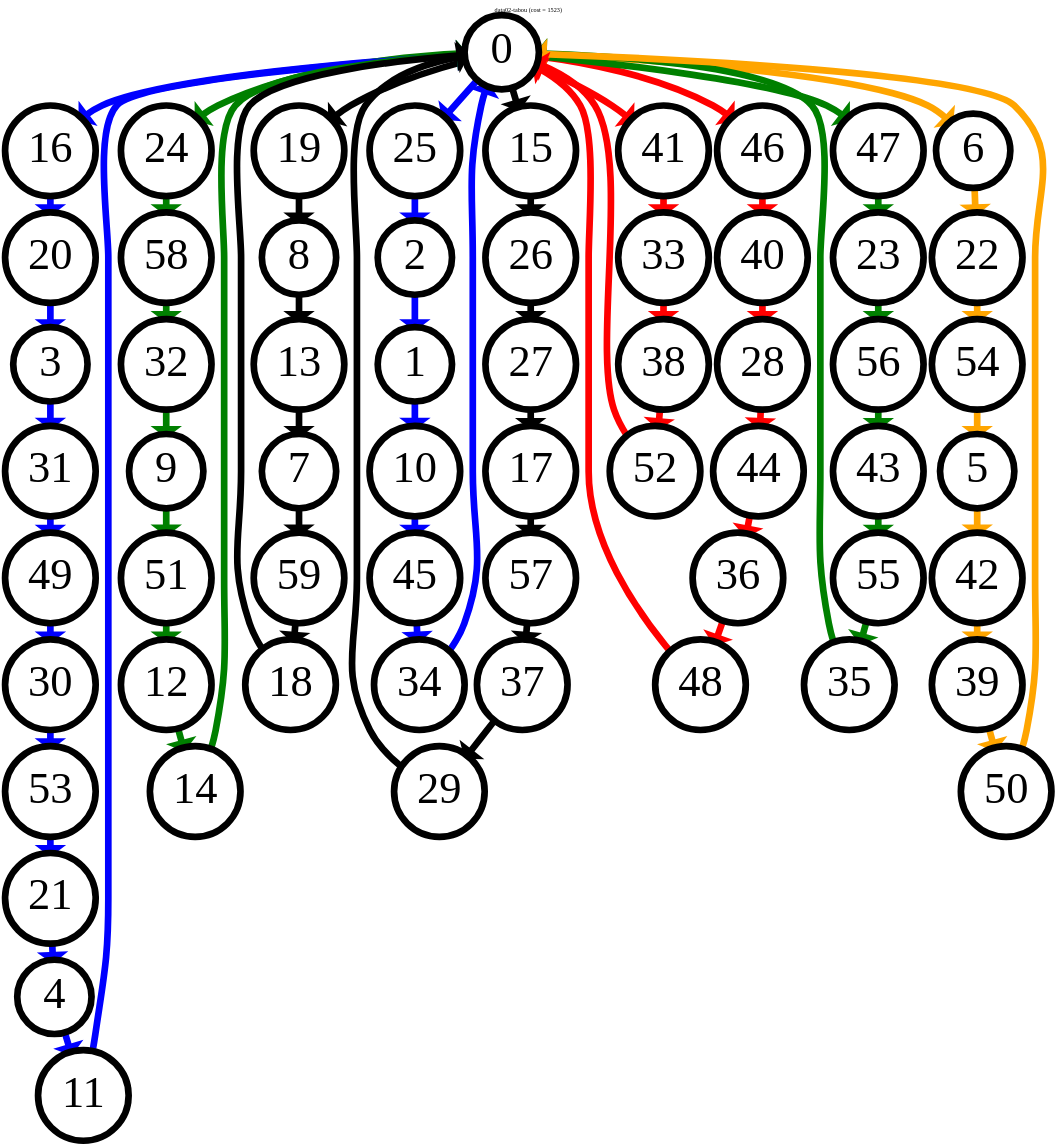
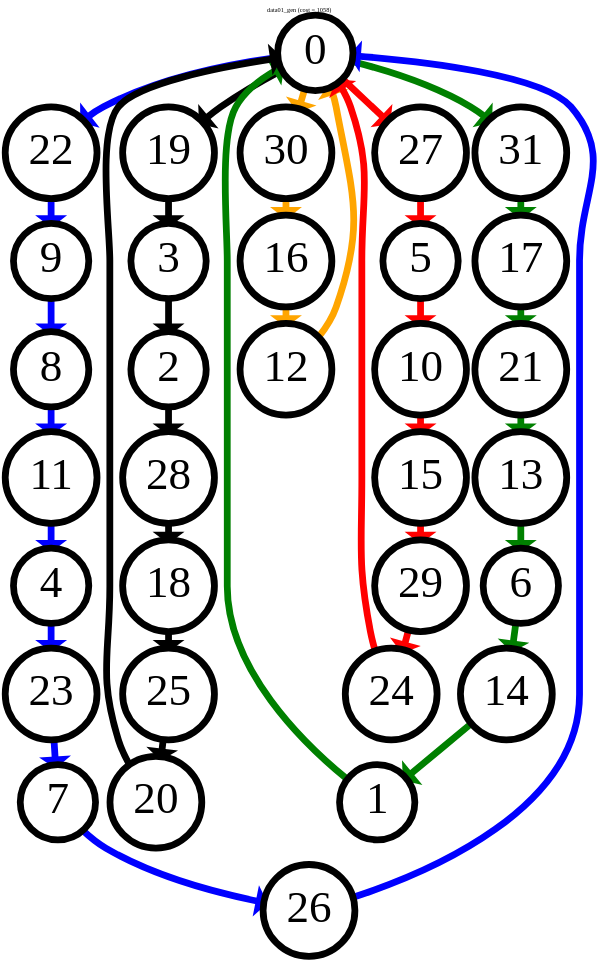
Before and after one commit to Elomidas/CVRP: the diagram in graphviz/tmp.dot, drawn with Graphviz. The commit also changed 6 other files, not shown here.

```diff
--- a/graphviz/tmp.dot
+++ b/graphviz/tmp.dot
@@ -1,135 +1,75 @@
 digraph g {
 labelloc="t";
-label="data02-tabou (cost = 1523)";
+label="data01_gen (cost = 1058)";
 margin="3,3!";
 outputorder="edgesfirst";
 node [fontsize = 100, shape=circle, fillcolor=white, style=filled];
-0 [pos = "27,93!", penwidth=15];
-1 [pos = "33,27!", penwidth=15];
-2 [pos = "29,39!", penwidth=15];
-3 [pos = "7,81!", penwidth=15];
-4 [pos = "1,59!", penwidth=15];
-5 [pos = "49,9!", penwidth=15];
-6 [pos = "21,53!", penwidth=15];
-7 [pos = "79,89!", penwidth=15];
-8 [pos = "81,83!", penwidth=15];
-9 [pos = "85,11!", penwidth=15];
-10 [pos = "45,9!", penwidth=15];
-11 [pos = "7,65!", penwidth=15];
-12 [pos = "95,27!", penwidth=15];
-13 [pos = "81,85!", penwidth=15];
-14 [pos = "37,81!", penwidth=15];
-15 [pos = "69,69!", penwidth=15];
-16 [pos = "15,95!", penwidth=15];
-17 [pos = "89,75!", penwidth=15];
-18 [pos = "33,93!", penwidth=15];
-19 [pos = "57,83!", penwidth=15];
-20 [pos = "11,95!", penwidth=15];
-21 [pos = "3,57!", penwidth=15];
-22 [pos = "45,11!", penwidth=15];
-23 [pos = "43,61!", penwidth=15];
-24 [pos = "35,43!", penwidth=15];
-25 [pos = "19,83!", penwidth=15];
-26 [pos = "83,69!", penwidth=15];
-27 [pos = "85,77!", penwidth=15];
-28 [pos = "19,39!", penwidth=15];
-29 [pos = "83,87!", penwidth=15];
-30 [pos = "1,13!", penwidth=15];
-31 [pos = "15,39!", penwidth=15];
-32 [pos = "83,17!", penwidth=15];
-33 [pos = "41,97!", penwidth=15];
-34 [pos = "31,61!", penwidth=15];
-35 [pos = "59,69!", penwidth=15];
-36 [pos = "29,15!", penwidth=15];
-37 [pos = "93,83!", penwidth=15];
-38 [pos = "63,97!", penwidth=15];
-39 [pos = "65,57!", penwidth=15];
-40 [pos = "15,69!", penwidth=15];
-41 [pos = "31,97!", penwidth=15];
-42 [pos = "57,9!", penwidth=15];
-43 [pos = "85,37!", penwidth=15];
-44 [pos = "21,29!", penwidth=15];
-45 [pos = "53,11!", penwidth=15];
-46 [pos = "15,77!", penwidth=15];
-47 [pos = "41,69!", penwidth=15];
-48 [pos = "45,17!", penwidth=15];
-49 [pos = "13,25!", penwidth=15];
-50 [pos = "63,57!", penwidth=15];
-51 [pos = "95,5!", penwidth=15];
-52 [pos = "55,91!", penwidth=15];
-53 [pos = "3,31!", penwidth=15];
-54 [pos = "47,7!", penwidth=15];
-55 [pos = "61,69!", penwidth=15];
-56 [pos = "85,35!", penwidth=15];
-57 [pos = "89,81!", penwidth=15];
-58 [pos = "45,47!", penwidth=15];
-59 [pos = "65,93!", penwidth=15];
-0->25 [color=blue, penwidth=15];
-25->2 [color=blue, penwidth=15];
-2->1 [color=blue, penwidth=15];
-1->10 [color=blue, penwidth=15];
-10->45 [color=blue, penwidth=15];
-45->34 [color=blue, penwidth=15];
-34->0 [color=blue, penwidth=15];
-0->46 [color=red, penwidth=15];
-46->40 [color=red, penwidth=15];
-40->28 [color=red, penwidth=15];
-28->44 [color=red, penwidth=15];
-44->36 [color=red, penwidth=15];
-36->48 [color=red, penwidth=15];
-48->0 [color=red, penwidth=15];
+0 [pos = "82,76!", penwidth=15];
+1 [pos = "96,44!", penwidth=15];
+2 [pos = "50,5!", penwidth=15];
+3 [pos = "49,8!", penwidth=15];
+4 [pos = "13,7!", penwidth=15];
+5 [pos = "29,89!", penwidth=15];
+6 [pos = "58,30!", penwidth=15];
+7 [pos = "84,39!", penwidth=15];
+8 [pos = "14,24!", penwidth=15];
+9 [pos = "2,39!", penwidth=15];
+10 [pos = "3,82!", penwidth=15];
+11 [pos = "5,10!", penwidth=15];
+12 [pos = "98,52!", penwidth=15];
+13 [pos = "84,25!", penwidth=15];
+14 [pos = "61,59!", penwidth=15];
+15 [pos = "1,65!", penwidth=15];
+16 [pos = "88,51!", penwidth=15];
+17 [pos = "91,2!", penwidth=15];
+18 [pos = "19,32!", penwidth=15];
+19 [pos = "93,3!", penwidth=15];
+20 [pos = "50,93!", penwidth=15];
+21 [pos = "98,14!", penwidth=15];
+22 [pos = "5,42!", penwidth=15];
+23 [pos = "42,9!", penwidth=15];
+24 [pos = "61,62!", penwidth=15];
+25 [pos = "9,97!", penwidth=15];
+26 [pos = "80,55!", penwidth=15];
+27 [pos = "57,69!", penwidth=15];
+28 [pos = "23,15!", penwidth=15];
+29 [pos = "20,70!", penwidth=15];
+30 [pos = "85,60!", penwidth=15];
+31 [pos = "98,5!", penwidth=15];
+0->22 [color=blue, penwidth=15];
+22->9 [color=blue, penwidth=15];
+9->8 [color=blue, penwidth=15];
+8->11 [color=blue, penwidth=15];
+11->4 [color=blue, penwidth=15];
+4->23 [color=blue, penwidth=15];
+23->7 [color=blue, penwidth=15];
+7->26 [color=blue, penwidth=15];
+26->0 [color=blue, penwidth=15];
+0->27 [color=red, penwidth=15];
+27->5 [color=red, penwidth=15];
+5->10 [color=red, penwidth=15];
+10->15 [color=red, penwidth=15];
+15->29 [color=red, penwidth=15];
+29->24 [color=red, penwidth=15];
+24->0 [color=red, penwidth=15];
 0->19 [color=black, penwidth=15];
-19->8 [color=black, penwidth=15];
-8->13 [color=black, penwidth=15];
-13->7 [color=black, penwidth=15];
-7->59 [color=black, penwidth=15];
-59->18 [color=black, penwidth=15];
-18->0 [color=black, penwidth=15];
-0->47 [color=green, penwidth=15];
-47->23 [color=green, penwidth=15];
-23->56 [color=green, penwidth=15];
-56->43 [color=green, penwidth=15];
-43->55 [color=green, penwidth=15];
-55->35 [color=green, penwidth=15];
-35->0 [color=green, penwidth=15];
-0->6 [color=orange, penwidth=15];
-6->22 [color=orange, penwidth=15];
-22->54 [color=orange, penwidth=15];
-54->5 [color=orange, penwidth=15];
-5->42 [color=orange, penwidth=15];
-42->39 [color=orange, penwidth=15];
-39->50 [color=orange, penwidth=15];
-50->0 [color=orange, penwidth=15];
-0->16 [color=blue, penwidth=15];
-16->20 [color=blue, penwidth=15];
-20->3 [color=blue, penwidth=15];
-3->31 [color=blue, penwidth=15];
-31->49 [color=blue, penwidth=15];
-49->30 [color=blue, penwidth=15];
-30->53 [color=blue, penwidth=15];
-53->21 [color=blue, penwidth=15];
-21->4 [color=blue, penwidth=15];
-4->11 [color=blue, penwidth=15];
-11->0 [color=blue, penwidth=15];
-0->41 [color=red, penwidth=15];
-41->33 [color=red, penwidth=15];
-33->38 [color=red, penwidth=15];
-38->52 [color=red, penwidth=15];
-52->0 [color=red, penwidth=15];
-0->15 [color=black, penwidth=15];
-15->26 [color=black, penwidth=15];
-26->27 [color=black, penwidth=15];
-27->17 [color=black, penwidth=15];
-17->57 [color=black, penwidth=15];
-57->37 [color=black, penwidth=15];
-37->29 [color=black, penwidth=15];
-29->0 [color=black, penwidth=15];
-0->24 [color=green, penwidth=15];
-24->58 [color=green, penwidth=15];
-58->32 [color=green, penwidth=15];
-32->9 [color=green, penwidth=15];
-9->51 [color=green, penwidth=15];
-51->12 [color=green, penwidth=15];
-12->14 [color=green, penwidth=15];
-14->0 [color=green, penwidth=15];
+19->3 [color=black, penwidth=15];
+3->2 [color=black, penwidth=15];
+2->28 [color=black, penwidth=15];
+28->18 [color=black, penwidth=15];
+18->25 [color=black, penwidth=15];
+25->20 [color=black, penwidth=15];
+20->0 [color=black, penwidth=15];
+0->31 [color=green, penwidth=15];
+31->17 [color=green, penwidth=15];
+17->21 [color=green, penwidth=15];
+21->13 [color=green, penwidth=15];
+13->6 [color=green, penwidth=15];
+6->14 [color=green, penwidth=15];
+14->1 [color=green, penwidth=15];
+1->0 [color=green, penwidth=15];
+0->30 [color=orange, penwidth=15];
+30->16 [color=orange, penwidth=15];
+16->12 [color=orange, penwidth=15];
+12->0 [color=orange, penwidth=15];
 }
```
